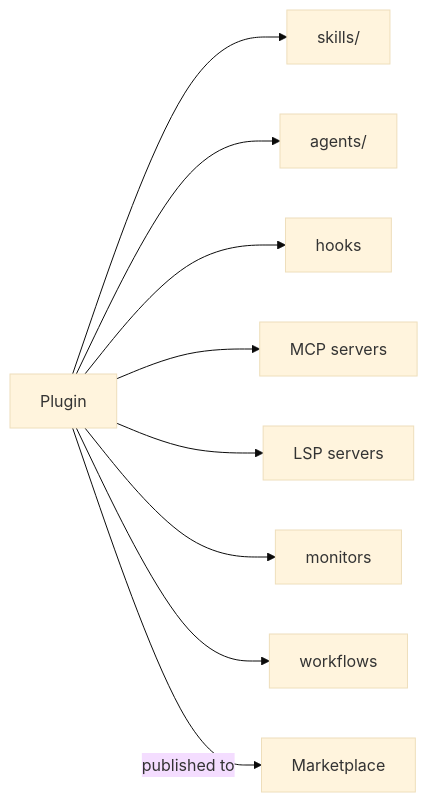
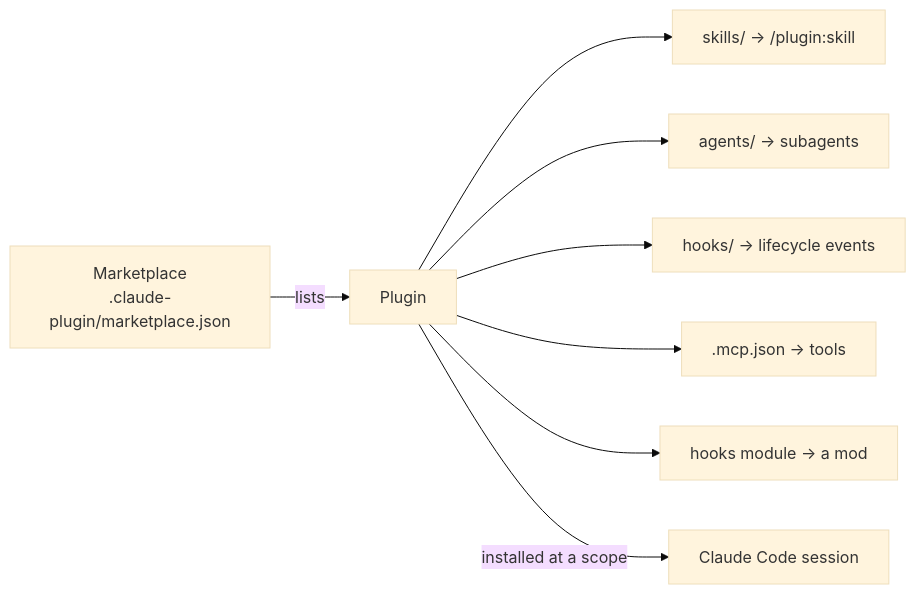
Before and after one commit to derob98/ailmanac: the diagram in docs/claude-code/plugins-marketplaces.mdx, drawn with Mermaid (base theme). The commit also changed other lines of this file and 8 other files, not shown here.

````diff
--- a/docs/claude-code/plugins-marketplaces.mdx
+++ b/docs/claude-code/plugins-marketplaces.mdx
@@ -21,11 +38,10 @@
 ```mermaid
 flowchart LR
-  P[Plugin] --> S[skills/]
-  P --> A[agents/]
-  P --> H[hooks]
-  P --> M[MCP servers]
-  P --> L[LSP servers]
-  P --> MO[monitors]
-  P --> W[workflows]
-  P -->|published to| MK[Marketplace]
+  MK["Marketplace<br/>.claude-plugin/marketplace.json"] -->|lists| P[Plugin]
+  P --> S["skills/ → /plugin:skill"]
+  P --> A["agents/ → subagents"]
+  P --> H["hooks/ → lifecycle events"]
+  P --> M[".mcp.json → tools"]
+  P --> MO["hooks module → a mod"]
+  P -->|installed at a scope| CC[Claude Code session]
 ```
````
